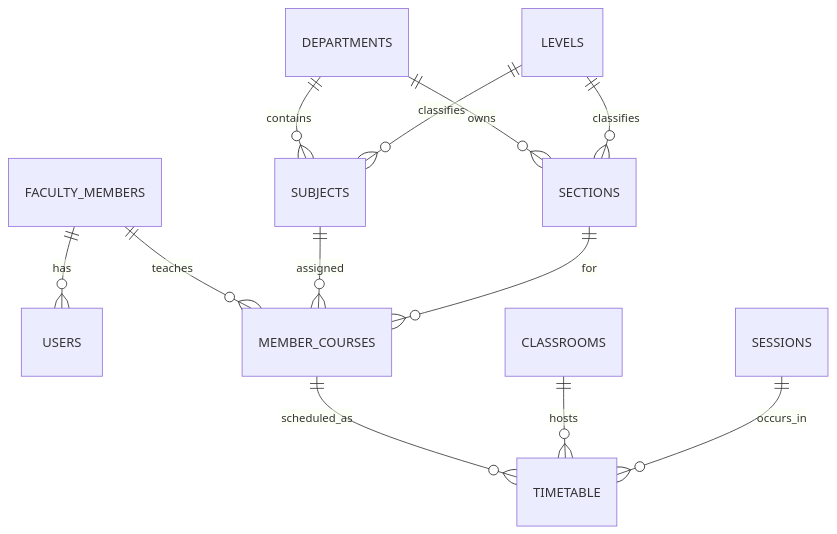
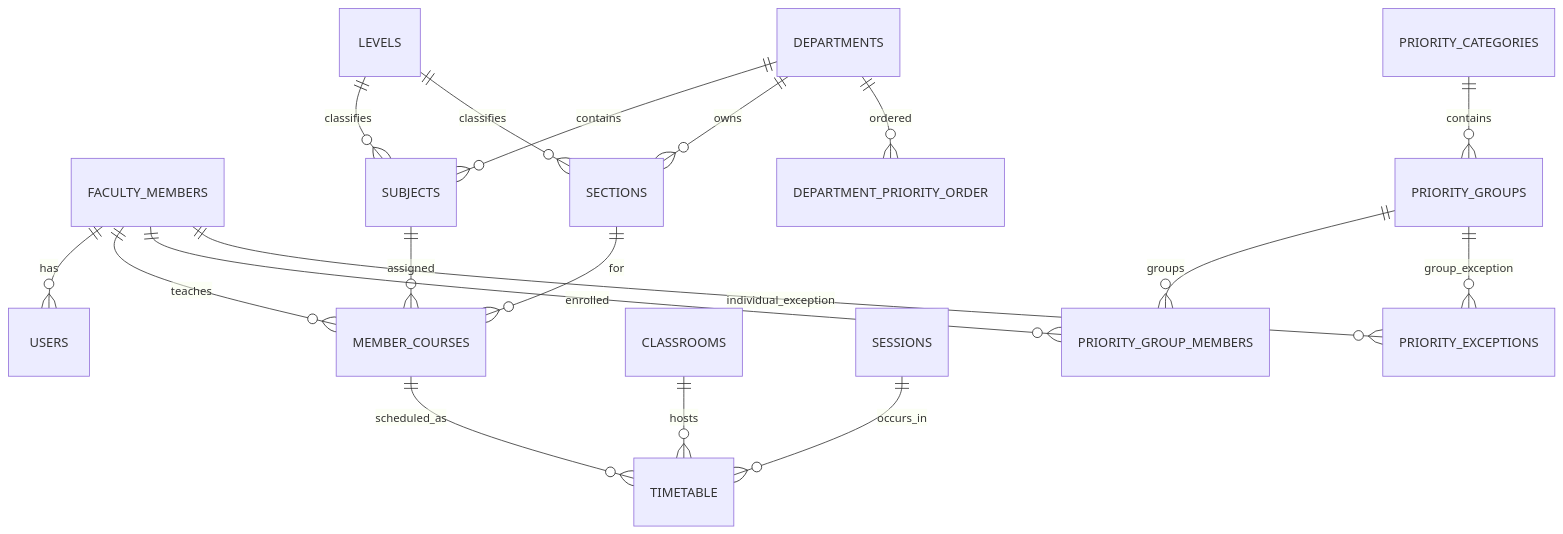
Before and after one commit to alishaqrany/faculty-timetable: the third of 3 diagrams in docs/site-blueprint-ar.md, drawn with Mermaid. The commit also changed other lines of this file and 2 other files, not shown here.

Commit message:
feat(priority): Introduce advanced priority management system with modes, categories, and exceptions

````diff
--- a/docs/site-blueprint-ar.md
+++ b/docs/site-blueprint-ar.md
@@ -48,14 +56,20 @@
 ```mermaid
 erDiagram
     FACULTY_MEMBERS ||--o{ USERS : has
     DEPARTMENTS ||--o{ SUBJECTS : contains
     LEVELS ||--o{ SUBJECTS : classifies
     DEPARTMENTS ||--o{ SECTIONS : owns
     LEVELS ||--o{ SECTIONS : classifies
     FACULTY_MEMBERS ||--o{ MEMBER_COURSES : teaches
     SUBJECTS ||--o{ MEMBER_COURSES : assigned
     SECTIONS ||--o{ MEMBER_COURSES : for
     MEMBER_COURSES ||--o{ TIMETABLE : scheduled_as
     CLASSROOMS ||--o{ TIMETABLE : hosts
     SESSIONS ||--o{ TIMETABLE : occurs_in
+    PRIORITY_CATEGORIES ||--o{ PRIORITY_GROUPS : contains
+    PRIORITY_GROUPS ||--o{ PRIORITY_GROUP_MEMBERS : groups
+    FACULTY_MEMBERS ||--o{ PRIORITY_GROUP_MEMBERS : enrolled
+    FACULTY_MEMBERS ||--o{ PRIORITY_EXCEPTIONS : individual_exception
+    PRIORITY_GROUPS ||--o{ PRIORITY_EXCEPTIONS : group_exception
+    DEPARTMENTS ||--o{ DEPARTMENT_PRIORITY_ORDER : ordered
 ```
````
